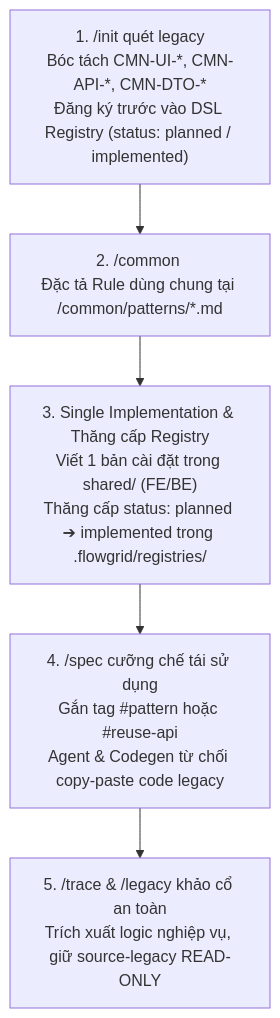
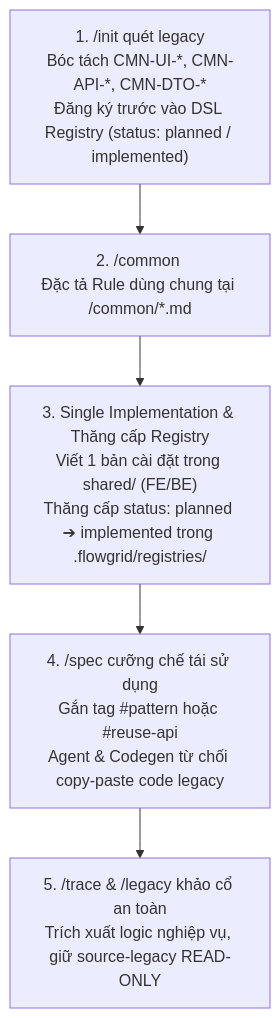
One commit to ShanYuCoder/flowgrid-docs changed the second of 3 diagrams in vi/workflows/phase-0-setup.md. Above: the diagram before and after it, drawn with Mermaid. The commit also changed other lines of this file and 56 other files, not shown here.

Commit message:
feat(docs): update 1-tier flat feature structure, flat common patterns, and module user-flows

````diff
--- a/vi/workflows/phase-0-setup.md
+++ b/vi/workflows/phase-0-setup.md
@@ -116,7 +116,7 @@
 ```mermaid
 flowchart TD
-  INIT["1. /init quét legacy<br/>Bóc tách CMN-UI-*, CMN-API-*, CMN-DTO-*<br/>Đăng ký trước vào DSL Registry (status: planned / implemented)"] --> COMMON["2. /common <CMN-ID><br/>Đặc tả Rule dùng chung tại <LCA>/common/patterns/*.md"]
+  INIT["1. /init quét legacy<br/>Bóc tách CMN-UI-*, CMN-API-*, CMN-DTO-*<br/>Đăng ký trước vào DSL Registry (status: planned / implemented)"] --> COMMON["2. /common <CMN-ID><br/>Đặc tả Rule dùng chung tại <LCA>/common/*.md"]
   COMMON --> IMPL["3. Single Implementation & Thăng cấp Registry<br/>Viết 1 bản cài đặt trong shared/ (FE/BE)<br/>Thăng cấp status: planned ➔ implemented trong .flowgrid/registries/"]
   IMPL --> SPEC["4. /spec cưỡng chế tái sử dụng<br/>Gắn tag #pattern hoặc #reuse-api<br/>Agent & Codegen từ chối copy-paste code legacy"]
   SPEC --> SAFETRACE["5. /trace & /legacy khảo cổ an toàn<br/>Trích xuất logic nghiệp vụ, giữ source-legacy READ-ONLY"]
 ```
````
